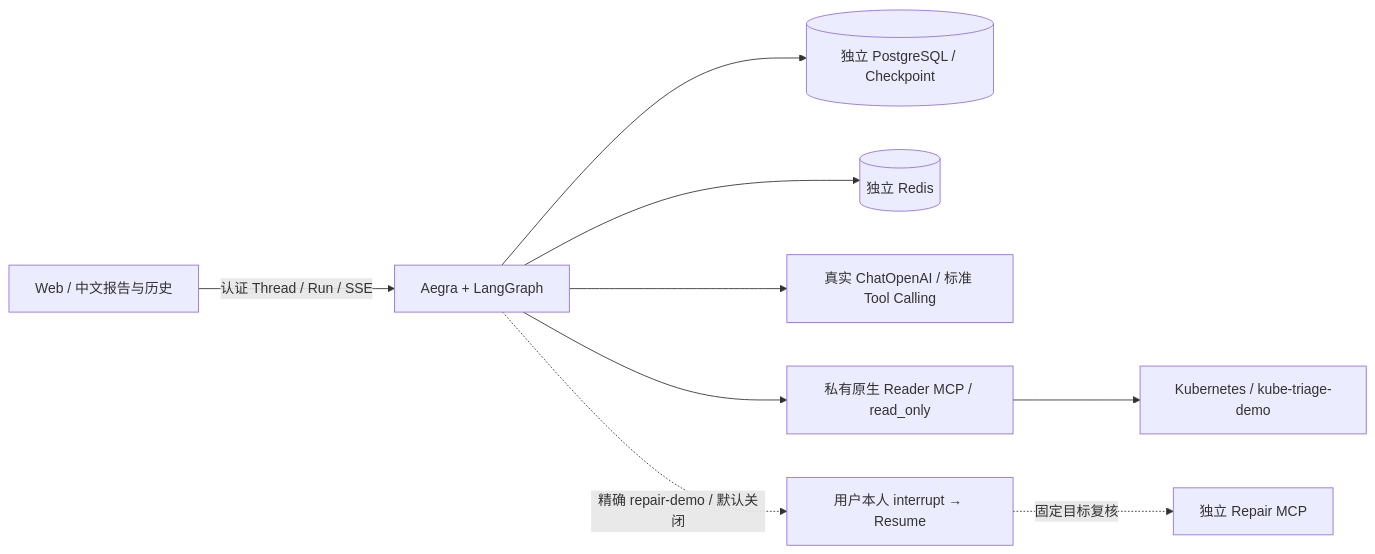
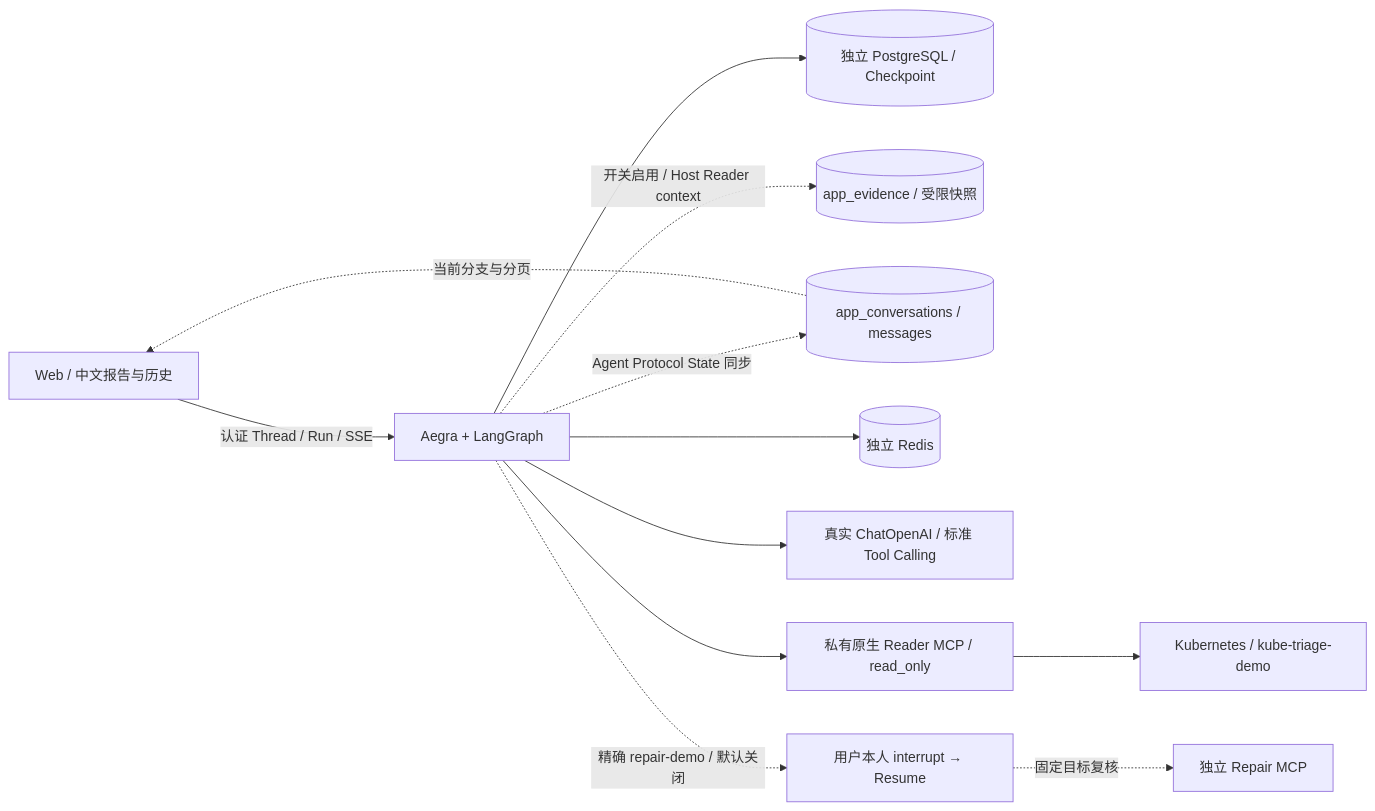
Before and after one commit to Vc-great/kube-triage-agent: the diagram in docs/architecture.md, drawn with Mermaid. The commit also changed other lines of this file and 17 other files, not shown here.

First line of the commit message:
feat(persistence): Phase 3 跨 Graph 持久化整合与验收 (#85)

````diff
--- a/docs/architecture.md
+++ b/docs/architecture.md
@@ -5,11 +7,14 @@
 ```mermaid
 flowchart LR
   Web[Web / 中文报告与历史] -->|认证 Thread / Run / SSE| API[Aegra + LangGraph]
   API --> PG[(独立 PostgreSQL / Checkpoint)]
+  API -. 开关启用 / Host Reader context .-> Evidence[(app_evidence / 受限快照)]
+  API -. Agent Protocol State 同步 .-> History[(app_conversations / messages)]
+  History -. 当前分支与分页 .-> Web
   API --> Redis[(独立 Redis)]
   API --> LLM[真实 ChatOpenAI / 标准 Tool Calling]
   API --> Reader[私有原生 Reader MCP / read_only]
   Reader --> K8s[Kubernetes / kube-triage-demo]
   API -. 精确 repair-demo / 默认关闭 .-> HITL[用户本人 interrupt → Resume]
   HITL -. 固定目标复核 .-> Repair[独立 Repair MCP]
 ```
````
